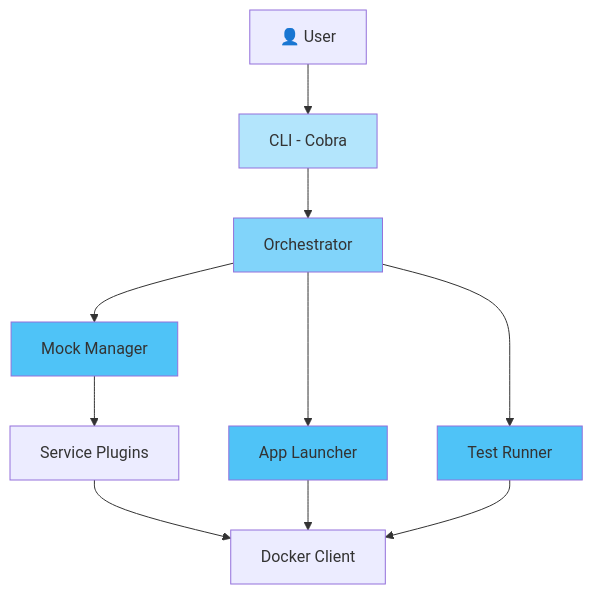
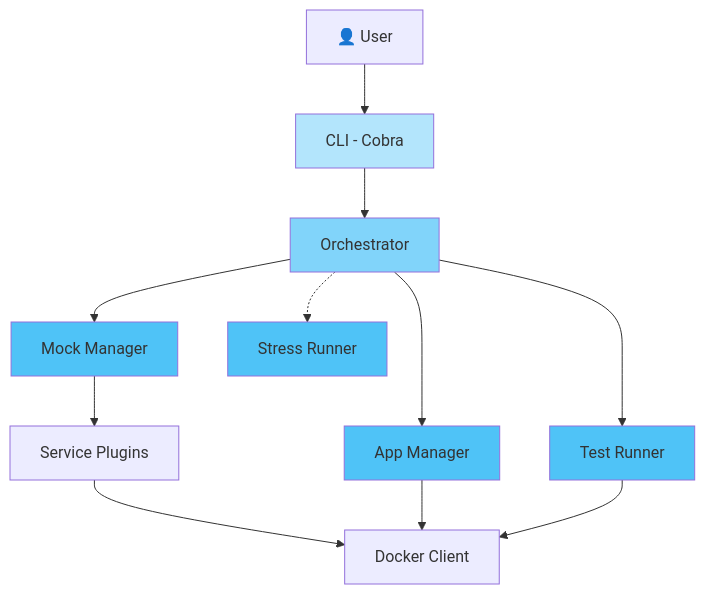
The second of 2 diagrams in README.md (oswaldom-code/gtool), drawn with Mermaid before and after one commit. The commit also changed other lines of this file and 34 other files, not shown here.

````diff
--- a/README.md
+++ b/README.md
@@ -233,18 +281,20 @@
 ```mermaid
 graph TB
     User[👤 User] --> CLI[CLI - Cobra]
     CLI --> Orch[Orchestrator]
     Orch --> Mock[Mock Manager]
-    Orch --> App[App Launcher]
+    Orch --> App[App Manager]
     Orch --> Test[Test Runner]
+    Orch -.-> Stress[Stress Runner]
     Mock --> Plugins[Service Plugins]
     Plugins --> Docker[Docker Client]
     App --> Docker
     Test --> Docker
 
     style CLI fill:#b3e5fc
     style Orch fill:#81d4fa
     style Mock fill:#4fc3f7
     style App fill:#4fc3f7
     style Test fill:#4fc3f7
+    style Stress fill:#4fc3f7
 ```
````
